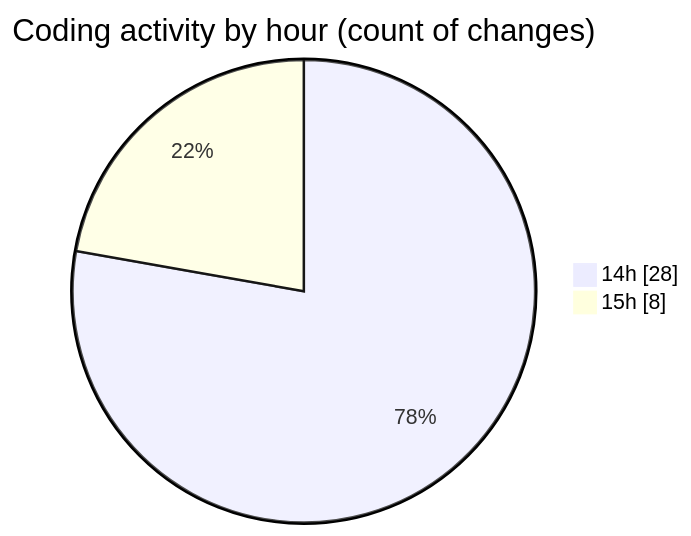
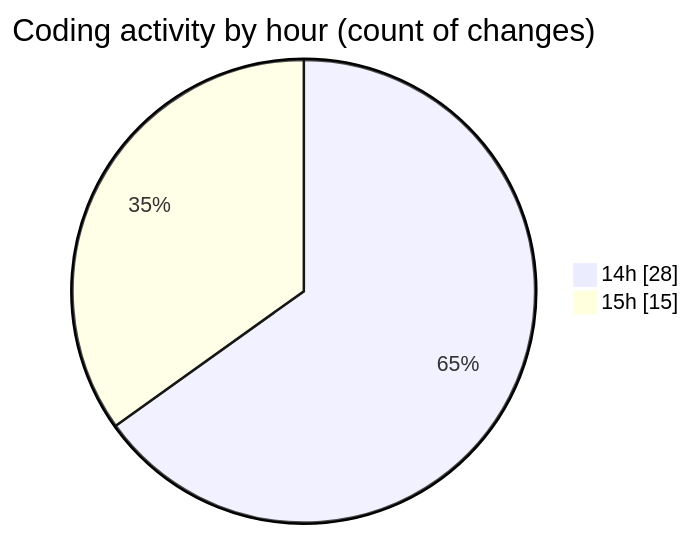
Before and after one commit to momahboobian/code-tracking: the second of 2 diagrams in 2025-03-02/cda/README.md, drawn with Mermaid. The commit also changed other lines of this file and 1 other file, not shown here.

````diff
--- a/2025-03-02/cda/README.md
+++ b/2025-03-02/cda/README.md
@@ -29,6 +29,6 @@
 ```mermaid
 pie showData
 title Coding activity by hour (count of changes)
 "14h" : 28
-"15h" : 8
+"15h" : 15
 ```
````
